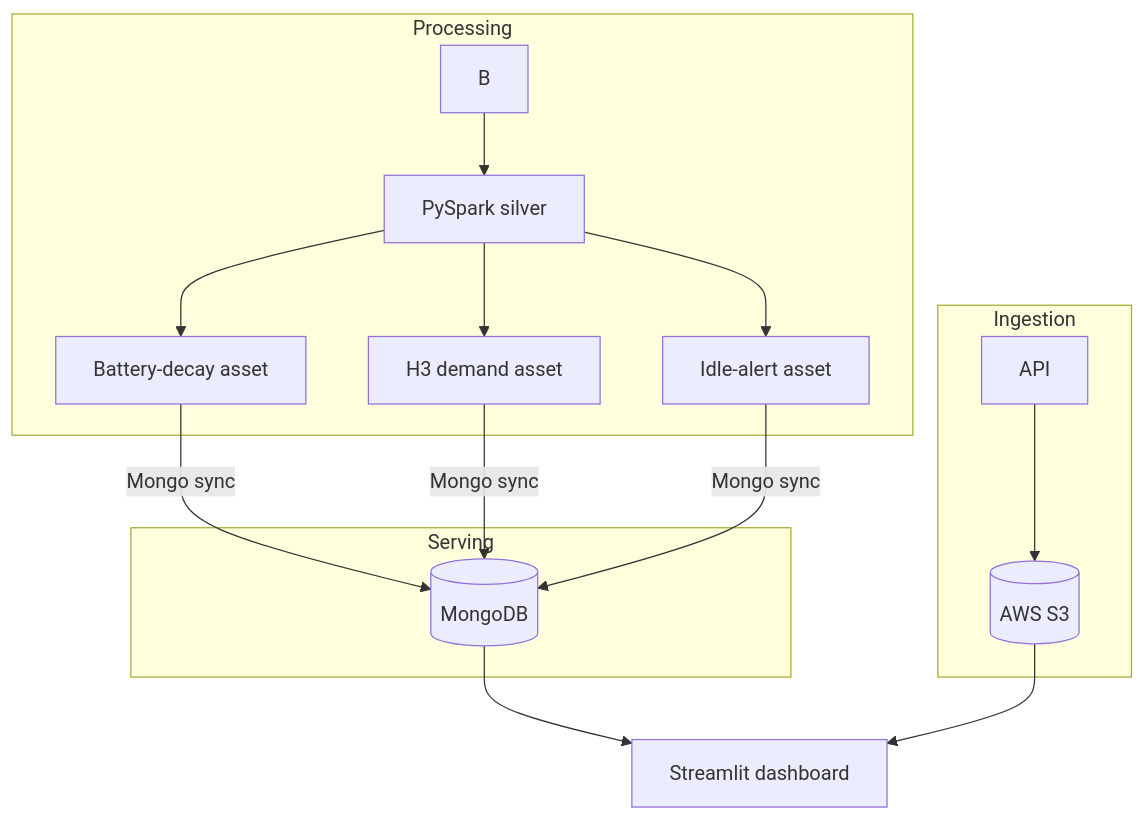
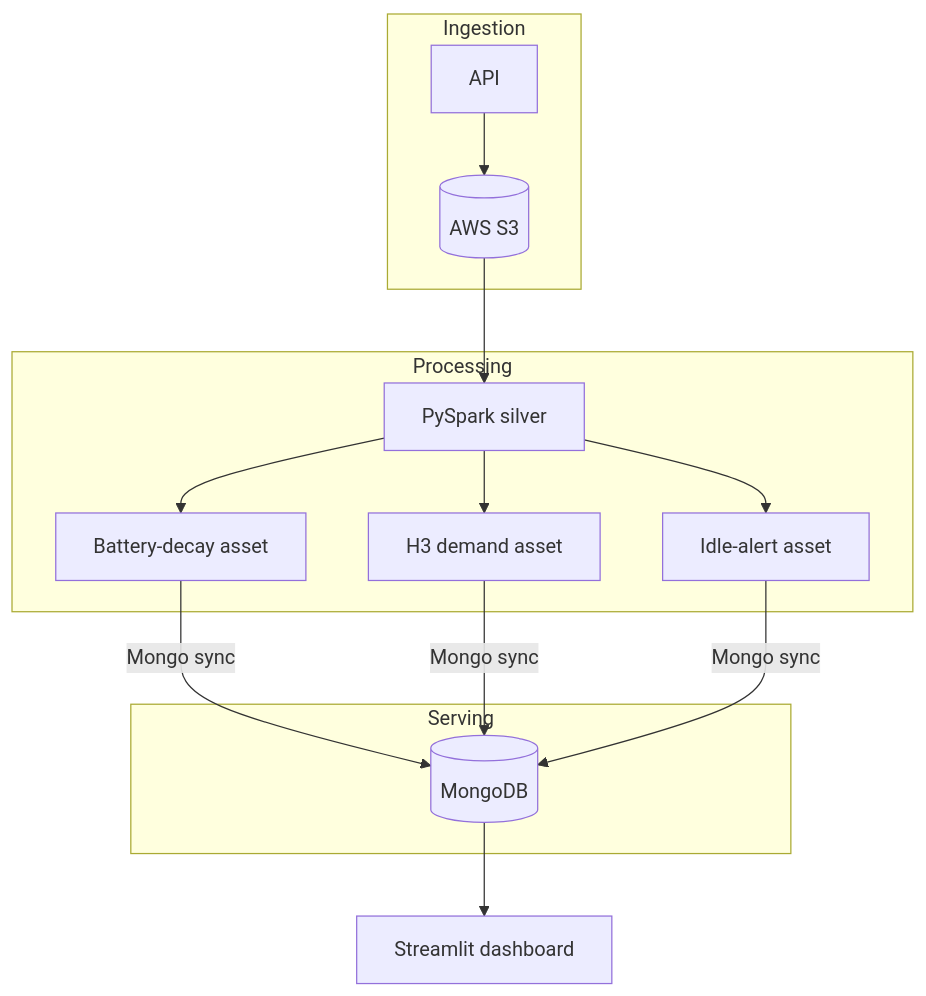
The diagram in README.md (JosephJ7/diss-project), drawn with Mermaid before and after one commit.

Commit message:
[ADD] : arths

````diff
--- a/README.md
+++ b/README.md
@@ -38,16 +38,16 @@
 ```mermaid
 flowchart TD
   subgraph Ingestion
     A[API] --> S3[(AWS S3)]
   end
   subgraph Processing
-    B --> C[PySpark silver]
+    S3 --> C[PySpark silver]
     C --> D1[Battery‑decay asset]
     C --> D2[H3 demand asset]
     C --> D3[Idle‑alert asset]
   end
   subgraph Serving
     D1 & D2 & D3 -->|Mongo sync| M[(MongoDB)]
   end
-  M & S3 --> E[Streamlit dashboard]
+  M --> E[Streamlit dashboard]
 ```
````
